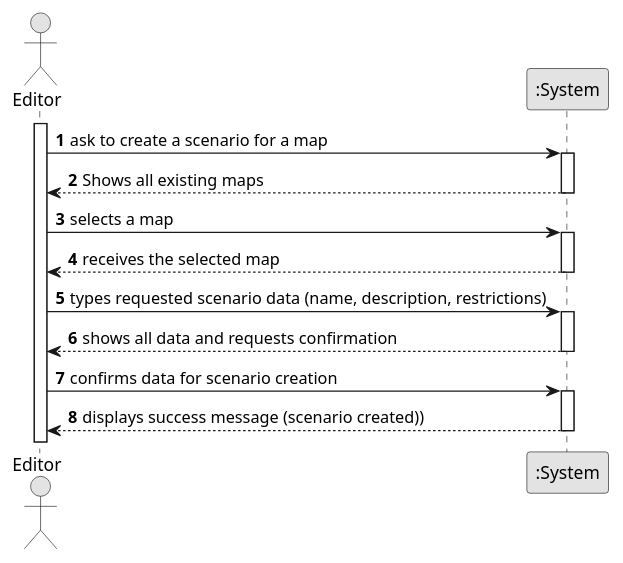
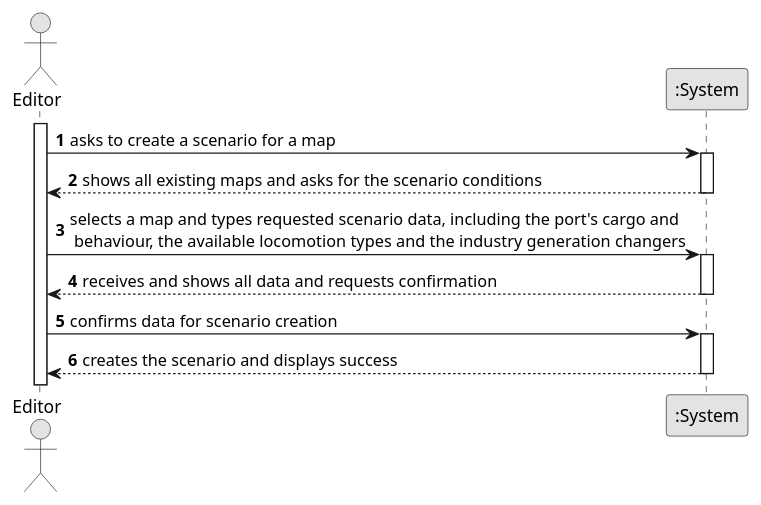
The diagram in docsFinais/US004/01.requirements-engineering/puml/US004-SSD.puml (1240935/pi2-railway-simulator), drawn with PlantUML before and after one commit. The commit also changed 31 other files, not shown here.

```diff
--- a/docsFinais/US004/01.requirements-engineering/puml/US004-SSD.puml
+++ b/docsFinais/US004/01.requirements-engineering/puml/US004-SSD.puml
@@ -1,36 +1,31 @@
 @startuml
 skinparam monochrome true
 skinparam packageStyle rectangle
 skinparam shadowing false
 
 autonumber
 
 actor "Editor" as Employee
 participant ":System" as System
 
 activate Employee
 
-    Employee -> System : ask to create a scenario for a map
+    Employee -> System : asks to create a scenario for a map
     activate System
 
-        System --> Employee : Shows all existing maps
+        System --> Employee : shows all existing maps and asks for the scenario conditions
     deactivate System
 
-    Employee -> System : selects a map
+    Employee -> System : selects a map and types requested scenario data, including the port's cargo and \n behaviour, the available locomotion types and the industry generation changers
+
     activate System
 
-        System --> Employee : receives the selected map
-    deactivate System
-
-    Employee -> System : types requested scenario data (name, description, restrictions)
-    activate System
-
-        System --> Employee : shows all data and requests confirmation
+        System --> Employee : receives and shows all data and requests confirmation
     deactivate System
 
     Employee -> System : confirms data for scenario creation
     activate System
 
-        System --> Employee : displays success message (scenario created))
+        System --> Employee : creates the scenario and displays success
     deactivate System
 @enduml
```
